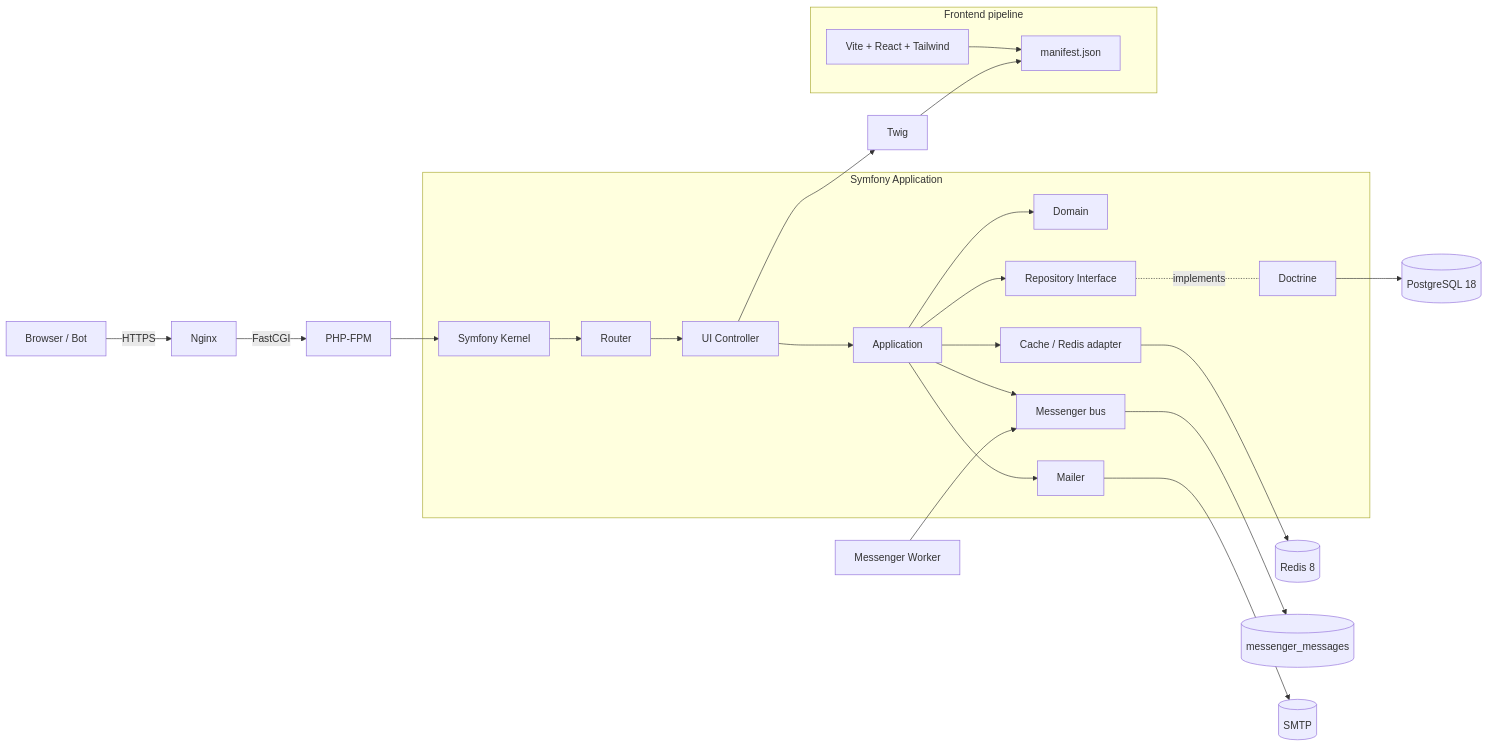
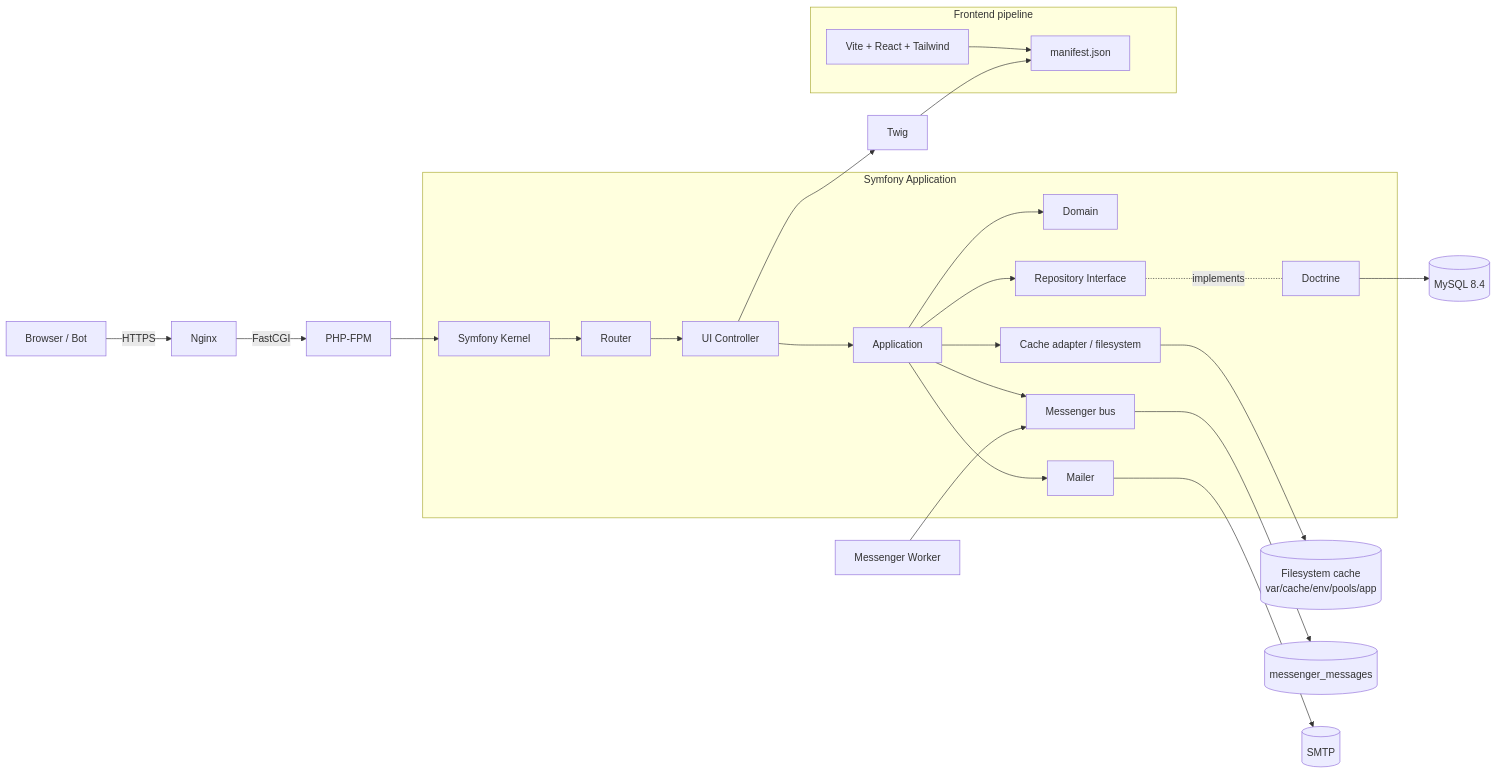
One commit to ariestop/zaborprofil changed the first of 9 diagrams in docs/02-architecture.md. Above: the diagram before and after it, drawn with Mermaid. The commit also changed other lines of this file and 50 other files, not shown here.

Commit message:
docs: rewrite documentation for MySQL and filesystem cache; keep unique live page path via generated column

````diff
--- a/docs/02-architecture.md
+++ b/docs/02-architecture.md
@@ -25,30 +25,30 @@
 ```mermaid
 flowchart LR
     Browser[Browser / Bot] -->|HTTPS| Nginx
     Nginx -->|FastCGI| PhpFpm[PHP-FPM]
     PhpFpm --> Kernel[Symfony Kernel]
 
     subgraph App[Symfony Application]
         Kernel --> Router
         Router --> Controller[UI Controller]
         Controller --> Application
         Application --> Domain
         Application --> RepoIface[Repository Interface]
         RepoIface -.implements.- Doctrine
-        Application --> CacheIface[Cache / Redis adapter]
+        Application --> CacheIface[Cache adapter / filesystem]
         Application --> Mailer[Mailer]
         Application --> Bus[Messenger bus]
     end
 
-    Doctrine --> Postgres[(PostgreSQL 18)]
-    CacheIface --> Redis[(Redis 8)]
+    Doctrine --> MySQL[(MySQL 8.4)]
+    CacheIface --> FileCache[(Filesystem cache<br/>var/cache/env/pools/app)]
     Bus --> DoctrineQueue[(messenger_messages)]
     Mailer --> SMTP[(SMTP)]
     Worker[Messenger Worker] --> Bus
 
     subgraph FrontPipeline[Frontend pipeline]
         Vite[Vite + React + Tailwind] --> Manifest[manifest.json]
     end
     Controller --> Twig
     Twig --> Manifest
 ```
````
